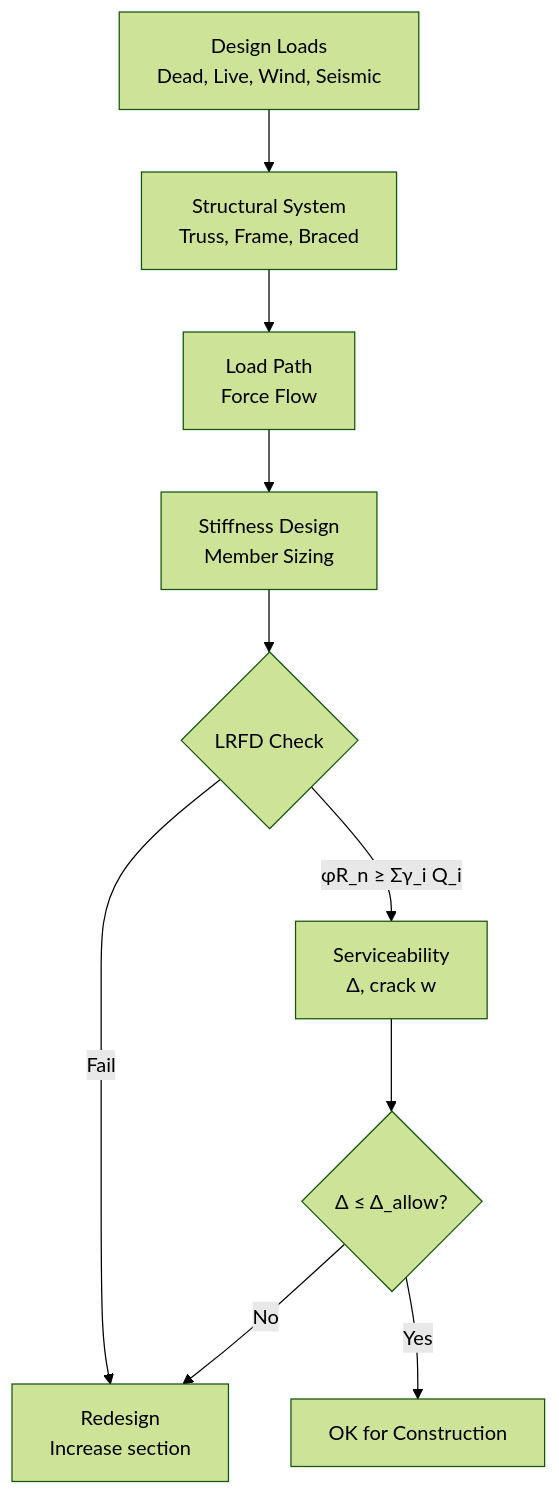
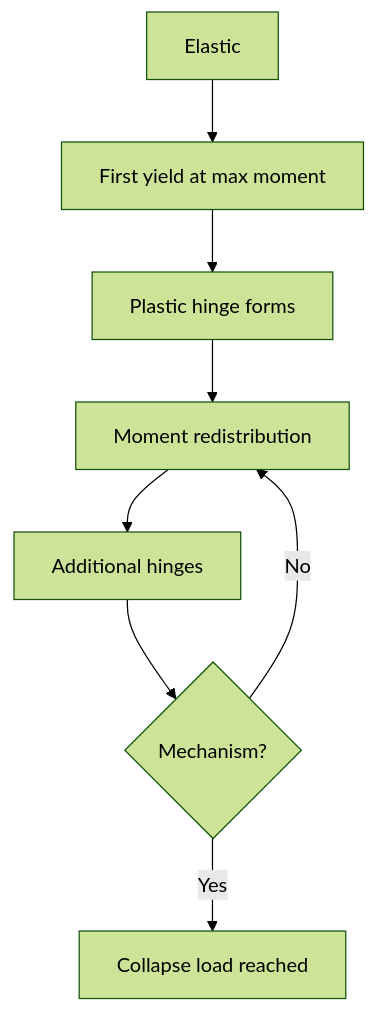
The second of 5 diagrams in MIT_CEE_Core/Track_2_Mechanics_Materials/Structural_Design/03_1.036_Structural_Mechanics_and_Design.md (yip-lgtm/civil-bootcamp), drawn with Mermaid (forest theme) before and after one commit. The commit also changed other lines of this file, not shown here.

Commit message:
Clean rewrite of 1.036 Structural Mechanics and Design — Multi-Agent Pipeline (no garbage content)

````diff
--- a/MIT_CEE_Core/Track_2_Mechanics_Materials/Structural_Design/03_1.036_Structural_Mechanics_and_Design.md
+++ b/MIT_CEE_Core/Track_2_Mechanics_Materials/Structural_Design/03_1.036_Structural_Mechanics_and_Design.md
@@ -412,12 +136,10 @@
 ```mermaid
 flowchart TD
-    A[Design Loads<br/>Dead, Live, Wind, Seismic] --> B[Structural System<br/>Truss, Frame, Braced]
-    B --> C[Load Path<br/>Force Flow]
-    C --> D[Stiffness Design<br/>Member Sizing]
-    D --> E{LRFD Check}
-    E -->|φR_n ≥ Σγ_i Q_i| F[Serviceability<br/>Δ, crack w]
-    E -->|Fail| G[Redesign<br/>Increase section]
-    F --> H{Δ ≤ Δ_allow?}
-    H -->|No| G
-    H -->|Yes| I[OK for Construction]
+    A[Elastic] --> B[First yield at max moment]
+    B --> C[Plastic hinge forms]
+    C --> D[Moment redistribution]
+    D --> E[Additional hinges]
+    E --> F{Mechanism?}
+    F -->|Yes| G[Collapse load reached]
+    F -->|No| D
 ```
````
